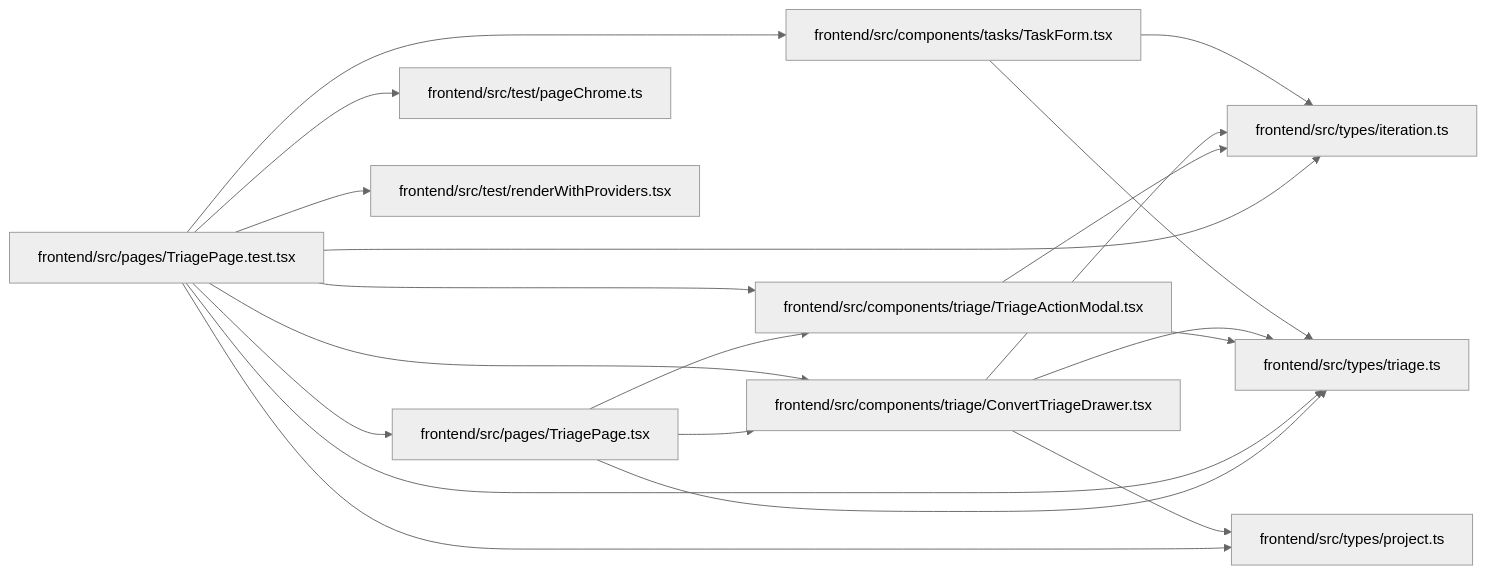
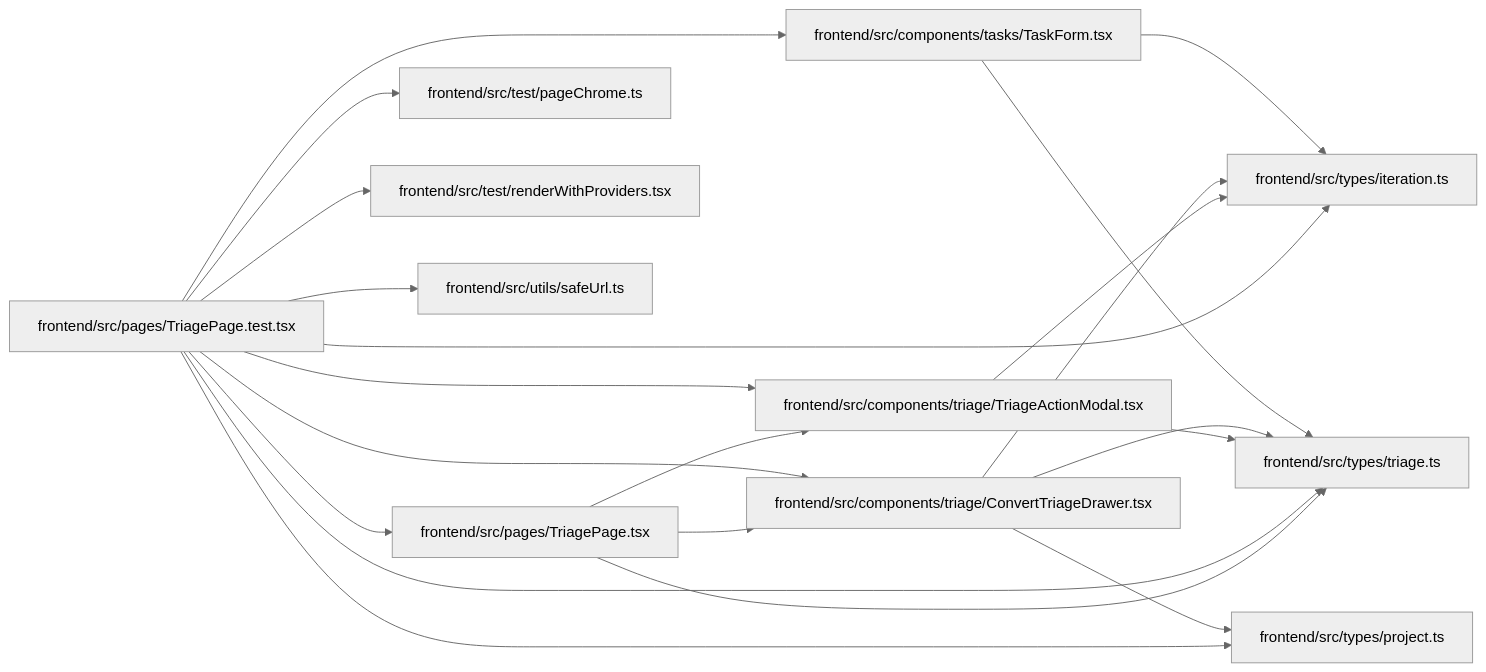
The diagram in docs/llm_wiki/modules/TriagePage.test.md (Denissvgn/WorkChord), drawn with Mermaid (neutral theme) before and after one commit. The commit also changed other lines of this file and 910 other files, not shown here.

Commit message:
Sync the architectural wiki for the intake source link policy

````diff
--- a/docs/llm_wiki/modules/TriagePage.test.md
+++ b/docs/llm_wiki/modules/TriagePage.test.md
@@ -39,42 +40,45 @@
 ```mermaid
 flowchart LR
     n0["frontend/src/components/tasks/TaskForm.tsx"]
     n1["frontend/src/components/triage/ConvertTriageDrawer.tsx"]
     n2["frontend/src/components/triage/TriageActionModal.tsx"]
     n3["frontend/src/pages/TriagePage.test.tsx"]
     n4["frontend/src/pages/TriagePage.tsx"]
     n5["frontend/src/test/pageChrome.ts"]
     n6["frontend/src/test/renderWithProviders.tsx"]
     n7["frontend/src/types/iteration.ts"]
     n8["frontend/src/types/project.ts"]
     n9["frontend/src/types/triage.ts"]
+    n10["frontend/src/utils/safeUrl.ts"]
     n0 --> n7
     n0 --> n9
     n1 --> n7
     n1 --> n8
     n1 --> n9
     n2 --> n7
     n2 --> n9
     n3 --> n0
     n3 --> n1
     n3 --> n2
     n3 --> n4
     n3 --> n5
     n3 --> n6
     n3 --> n7
     n3 --> n8
     n3 --> n9
+    n3 --> n10
     n4 --> n1
     n4 --> n2
     n4 --> n9
     click n0 "../modules/TaskForm.md"
     click n1 "../modules/ConvertTriageDrawer.md"
     click n2 "../modules/TriageActionModal.md"
     click n3 "../modules/TriagePage.test.md"
     click n4 "../modules/TriagePage.md"
     click n5 "../modules/pageChrome.md"
     click n6 "../modules/renderWithProviders.md"
     click n7 "../modules/types_iteration.md"
     click n8 "../modules/types_project.md"
     click n9 "../modules/types_triage.md"
+    click n10 "../modules/safeUrl.md"
 ```
````
